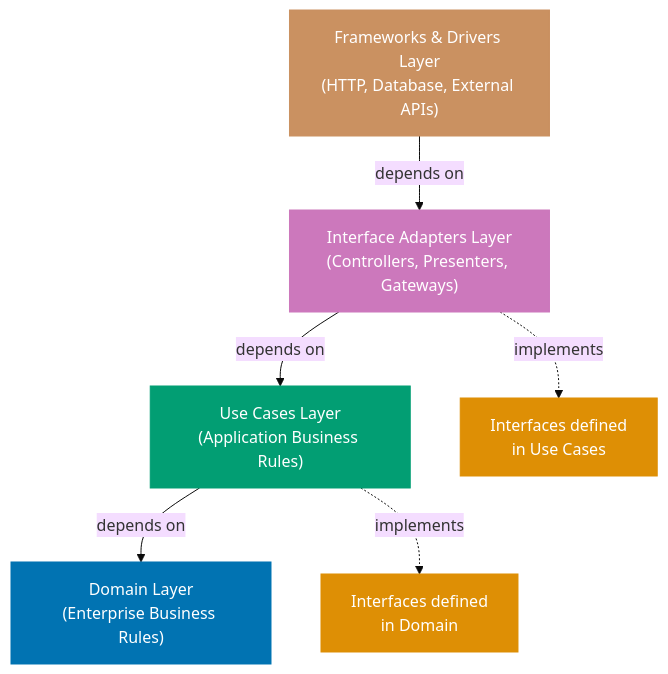
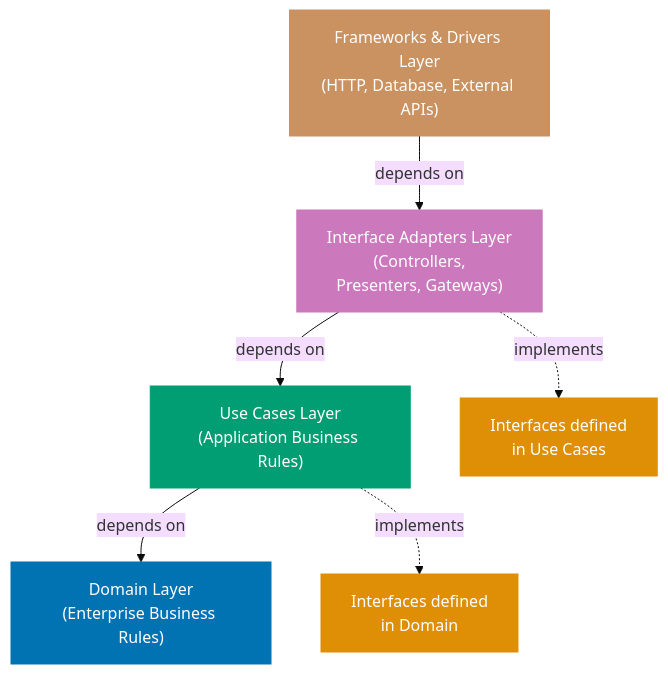
One commit to wahidyankf/baseerah changed the diagram in apps/ayokoding-www/content/en/learn/software-engineering/programming-languages/golang/in-the-field/clean-architecture.md. Above: the diagram before and after it, drawn with Mermaid (base theme). The commit also changed 88 other files, not shown here.

First line of the commit message:
fix(ayokoding-www): resolve pre-existing Mermaid violations, exclude fixtures/plans-done

````diff
--- a/apps/ayokoding-www/content/en/learn/software-engineering/programming-languages/golang/in-the-field/clean-architecture.md
+++ b/apps/ayokoding-www/content/en/learn/software-engineering/programming-languages/golang/in-the-field/clean-architecture.md
@@ -27,16 +27,16 @@
 ```mermaid
 graph TD
-    Frameworks["Frameworks & Drivers Layer<br/>(HTTP, Database, External APIs)"] -->|"depends on"| Adapters["Interface Adapters Layer<br/>(Controllers, Presenters, Gateways)"]
+    Frameworks["Frameworks & Drivers Layer<br/>(HTTP, Database, External APIs)"] -->|"depends on"| Adapters["Interface Adapters Layer<br/>(Controllers,<br/>Presenters, Gateways)"]
     Adapters -->|"depends on"| UseCases["Use Cases Layer<br/>(Application Business Rules)"]
     UseCases -->|"depends on"| Domain["Domain Layer<br/>(Enterprise Business Rules)"]
 
     Adapters -.->|"implements"| UseCasesPorts["Interfaces defined<br/>in Use Cases"]
     UseCases -.->|"implements"| DomainPorts["Interfaces defined<br/>in Domain"]
 
     style Frameworks fill:#CA9161,stroke:#CA9161,color:#fff
     style Adapters fill:#CC78BC,stroke:#CC78BC,color:#fff
     style UseCases fill:#029E73,stroke:#029E73,color:#fff
     style Domain fill:#0173B2,stroke:#0173B2,color:#fff
     style UseCasesPorts fill:#DE8F05,stroke:#DE8F05,color:#fff
     style DomainPorts fill:#DE8F05,stroke:#DE8F05,color:#fff
 ```
````
